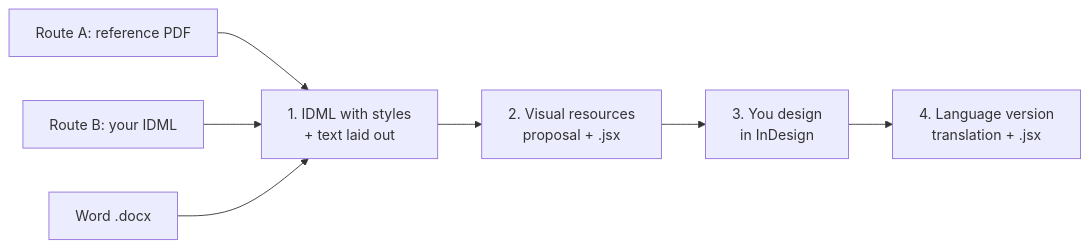
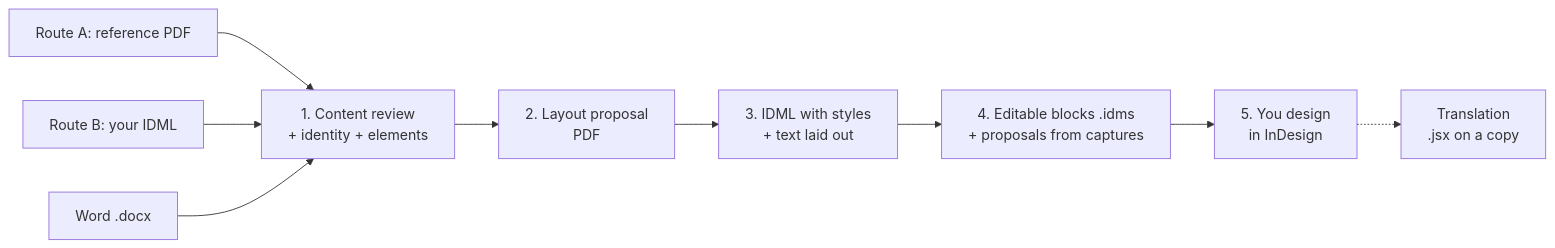
One commit to merysugy/skillhub-indesign changed the diagram in README.md. Above: the diagram before and after it, drawn with Mermaid. The commit also changed other lines of this file and 25 other files, not shown here.

First line of the commit message:
v0.3.0: five-phase workflow with editable .idms blocks

````diff
--- a/README.md
+++ b/README.md
@@ -84,9 +89,11 @@
 ```mermaid
 flowchart LR
-    A[Route A: reference PDF] --> S1
-    B[Route B: your IDML] --> S1
-    W[Word .docx] --> S1
-    S1[1. IDML with styles<br/>+ text laid out] --> S2[2. Visual resources<br/>proposal + .jsx]
-    S2 --> S3[3. You design<br/>in InDesign]
-    S3 --> S4[4. Language version<br/>translation + .jsx]
+    A[Route A: reference PDF] --> P1
+    B[Route B: your IDML] --> P1
+    W[Word .docx] --> P1
+    P1[1. Content review<br/>+ identity + elements] --> P2[2. Layout proposal<br/>PDF]
+    P2 --> P3[3. IDML with styles<br/>+ text laid out]
+    P3 --> P4[4. Editable blocks .idms<br/>+ proposals from captures]
+    P4 --> P5[5. You design<br/>in InDesign]
+    P5 -.-> T[Translation<br/>.jsx on a copy]
 ```
````
